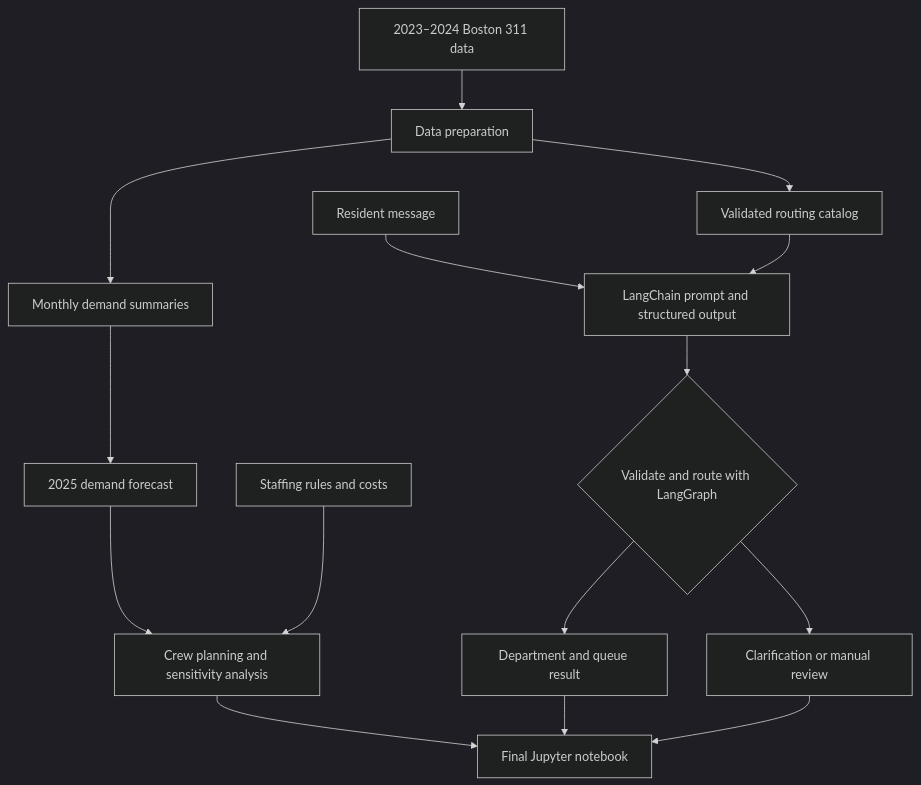
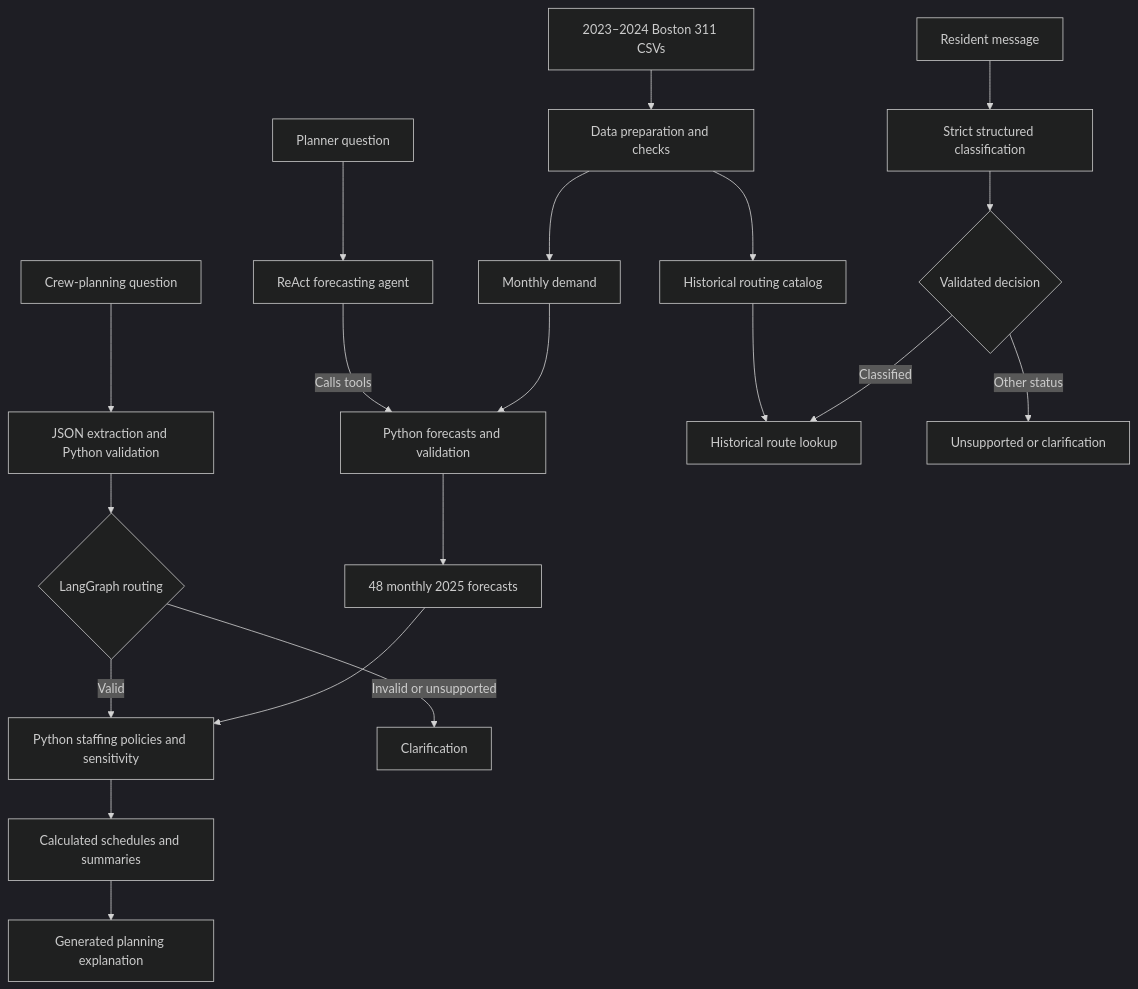
The diagram in README.md (nithyaak7/boston311-crew-planner), drawn with Mermaid (dark theme) before and after one commit. The commit also changed other lines of this file and 7 other files, not shown here.

Commit message:
Updated the integrated notebook for API calls failure handling

````diff
--- a/README.md
+++ b/README.md
@@ -35,20 +28,22 @@
 ```mermaid
 flowchart TD
-    A["2023–2024 Boston 311 data"] --> B["Data preparation"]
-
-    B --> C["Monthly demand summaries"]
-    C --> D["2025 demand forecast"]
-    D --> E["Crew planning and sensitivity analysis"]
-    F["Staffing rules and costs"] --> E
-
-    B --> G["Validated routing catalog"]
-    H["Resident message"] --> I["LangChain prompt and structured output"]
-    G --> I
-    I --> J{"Validate and route with LangGraph"}
-    J --> K["Department and queue result"]
-    J --> L["Clarification or manual review"]
-
-    E --> M["Final Jupyter notebook"]
-    K --> M
-    L --> M
+    A["2023–2024 Boston 311 CSVs"] --> B["Data preparation and checks"]
+    B --> C["Monthly demand"]
+    B --> D["Historical routing catalog"]
+    C --> E["Python forecasts and validation"]
+    Q["Planner question"] --> R["ReAct forecasting agent"]
+    R -->|Calls tools| E
+    E --> F["48 monthly 2025 forecasts"]
+    F --> G["Python staffing policies and sensitivity"]
+    P["Crew-planning question"] --> H["JSON extraction and Python validation"]
+    H --> I{"LangGraph routing"}
+    I -->|Invalid or unsupported| J["Clarification"]
+    I -->|Valid| G
+    G --> K["Calculated schedules and summaries"]
+    K --> L["Generated planning explanation"]
+    M["Resident message"] --> N["Strict structured classification"]
+    N --> O{"Validated decision"}
+    O -->|Classified| T["Historical route lookup"]
+    D --> T
+    O -->|Other status| U["Unsupported or clarification"]
 ```
````
